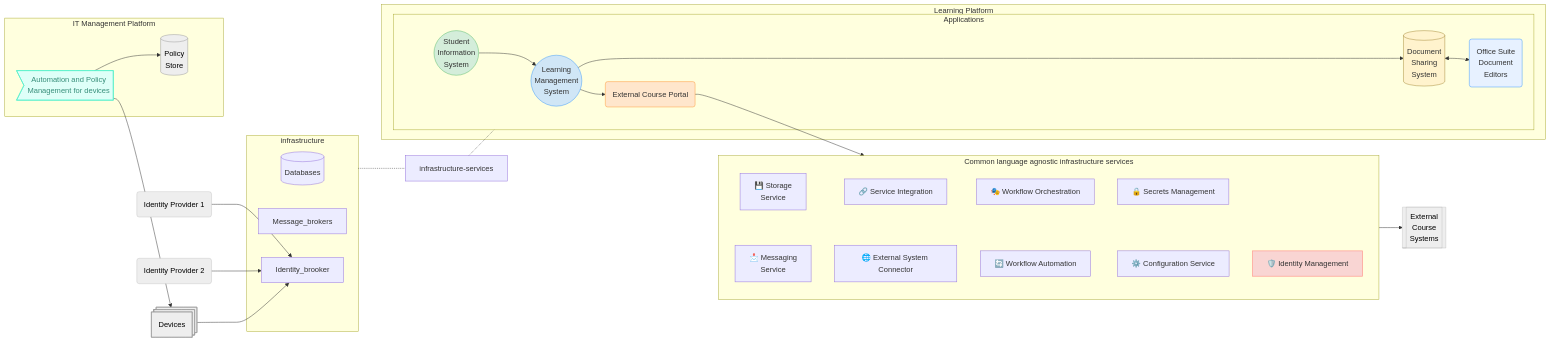
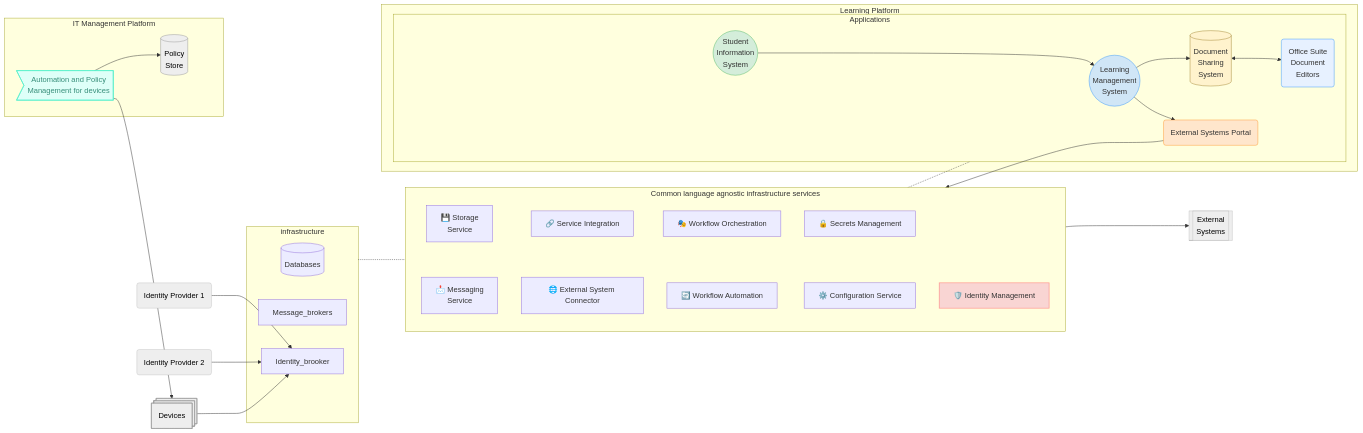
Before and after one commit to OS2sandbox/os2skole-PoC: the diagram in docs/solution_landscape.md, drawn with Mermaid.

Commit message:
Update terminology in solution landscape for consistency

```diff
--- a/docs/solution_landscape.md
+++ b/docs/solution_landscape.md
@@ -25,7 +25,7 @@
         DOC[("Document<br>Sharing<br>System")]
         ED("Office Suite<br>Document<br>Editors")
         SIS(("Student<br>Information<br>System"))
-        PORT("External Course Portal")
+        PORT("External Systems Portal")
       
   end
  end
@@ -42,7 +42,7 @@
         n3>"Automation and Policy<br>Management for devices"]
         n4["Policy<br>Store"]
   end
-    PORT --> infra-services --> EXT[["External<br>Course<br>Systems"]]
+    PORT --> infra-services --> EXT[["External<br>Systems"]]
     LMS --> DOC & PORT
     DOC <--> ED
     SIS --> LMS
@@ -53,7 +53,7 @@
     Device["Devices"] --> IDB 
     n3 --> Device & n4
     s2 ~~~ s1
-    infrastructure-.-infrastructure-services-.-s1
+    infrastructure-.-infra-services-.-s1
     
     n4@{ shape: cyl}
     Device@{ shape: procs}
```
